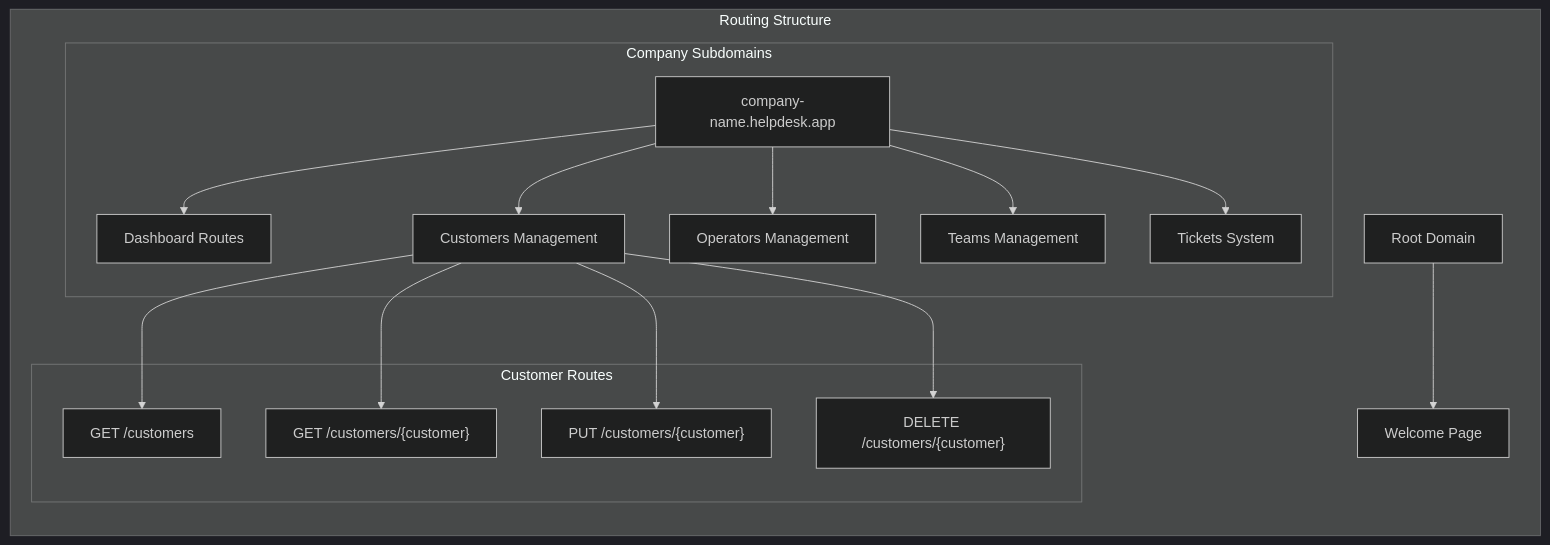
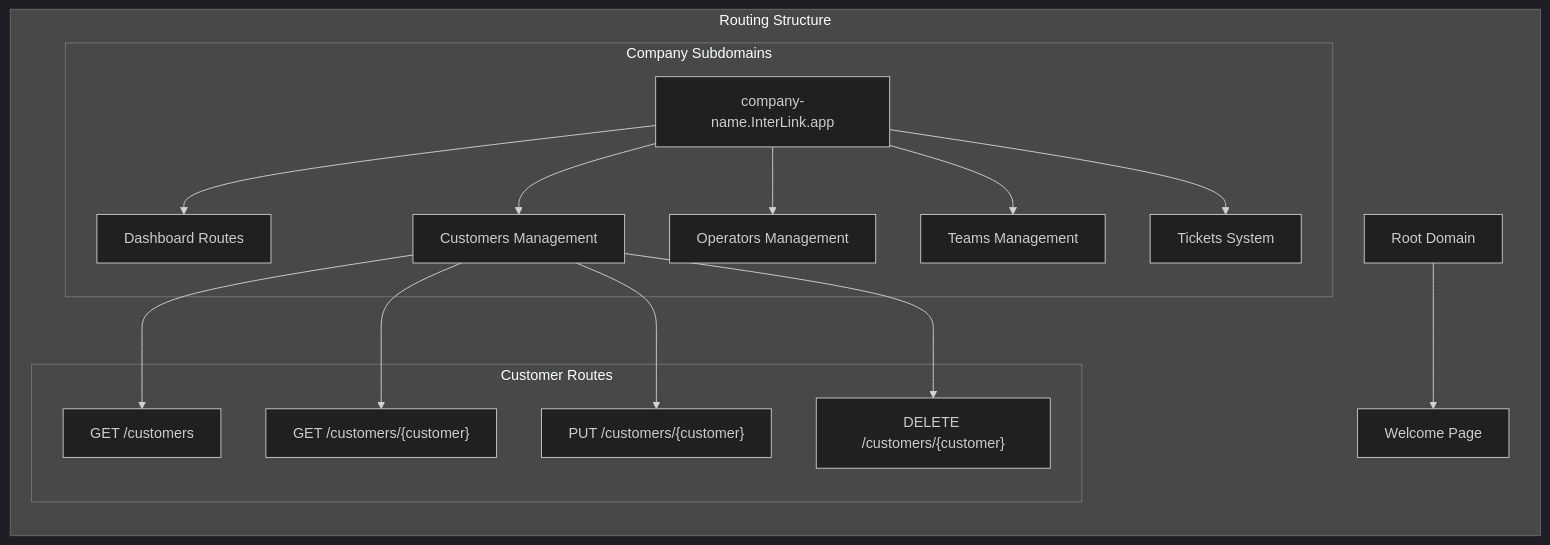
The fifth of 6 diagrams in .qoder/repowiki/en/content/Ticket Management System/Customer Management System.md (younesgamer68/Internship-management-Platforme), drawn with Mermaid (dark theme) before and after one commit. The commit also changed other lines of this file and 175 other files, not shown here.

````diff
--- a/.qoder/repowiki/en/content/Ticket Management System/Customer Management System.md
+++ b/.qoder/repowiki/en/content/Ticket Management System/Customer Management System.md
@@ -219,20 +219,20 @@
 ```mermaid
 graph LR
 subgraph "Routing Structure"
 Home[Root Domain] --> Welcome[Welcome Page]
 subgraph "Company Subdomains"
-Company[company-name.helpdesk.app]
+Company[company-name.InterLink.app]
 Company --> Dashboard[Dashboard Routes]
 Company --> Customers[Customers Management]
 Company --> Operators[Operators Management]
 Company --> Teams[Teams Management]
 Company --> Tickets[Tickets System]
 end
 subgraph "Customer Routes"
 Customers --> ListCustomers["GET /customers"]
 Customers --> ViewCustomer["GET /customers/{customer}"]
 Customers --> EditCustomer["PUT /customers/{customer}"]
 Customers --> DeleteCustomer["DELETE /customers/{customer}"]
 end
 end
 ```
````
